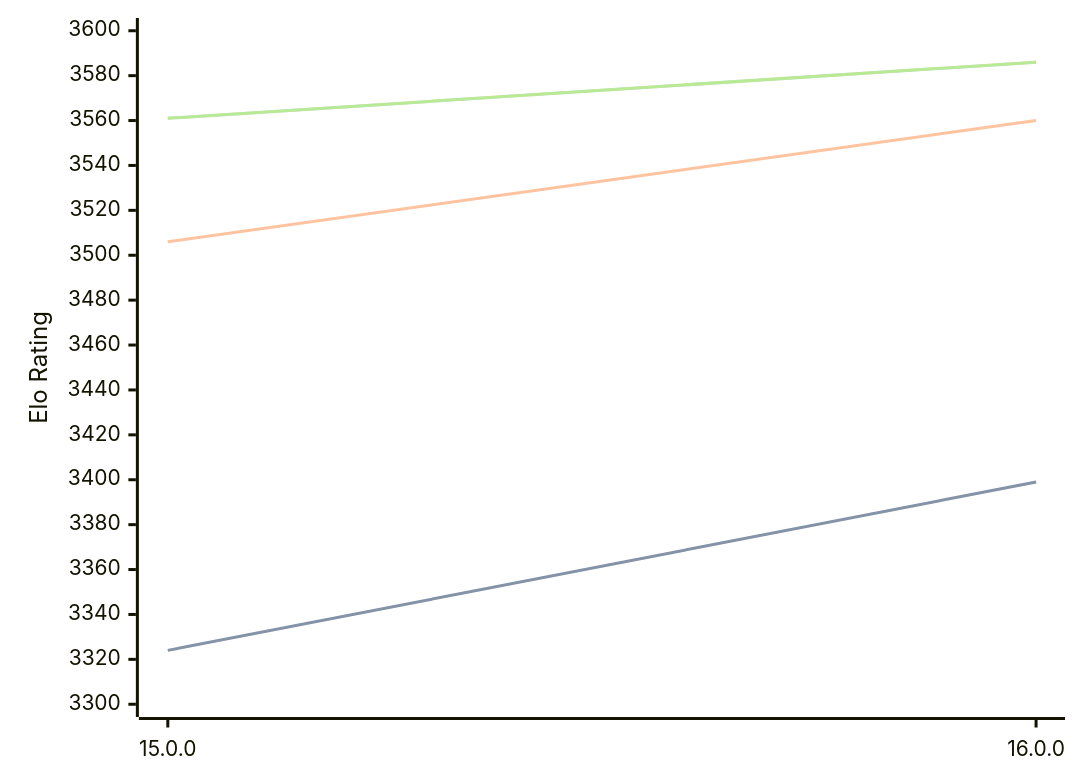
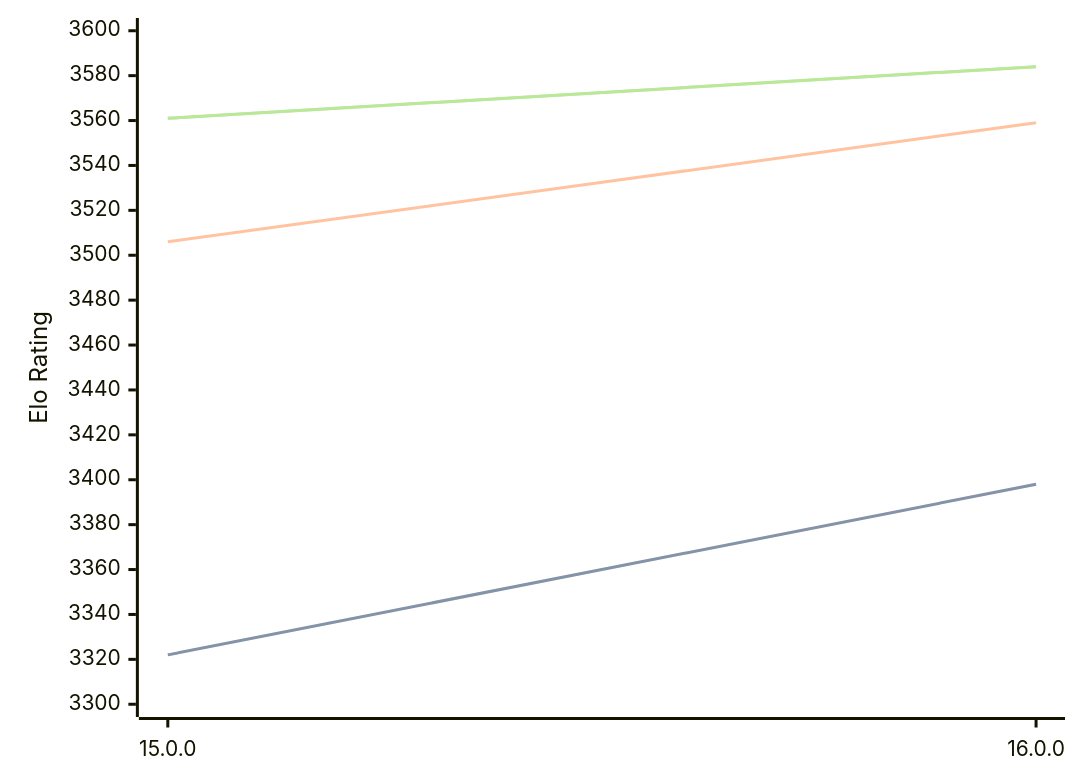
Before and after one commit to computer-chess-index/cci: the diagram in engines/Halogen.md, drawn with Mermaid. The commit also changed other lines of this file, not shown here.

Commit message:
Update CCI Ratings (ELO VLTC) - 2026-04-28

````diff
--- a/engines/Halogen.md
+++ b/engines/Halogen.md
@@ -50,11 +50,11 @@
 ```mermaid
 %%{init: {"theme":"base","themeVariables":{"seriesColors:['#a3a3a3','#222221','#faa371']}}}%%
 xychart-beta
   x-axis ["15.0.0", "16.0.0"]
   y-axis "Elo Rating" 3300 --> 3600
-  line "STC (8.0+0.08s)" [3324, 3399]
-  line "STC (8.0+0.08s)" [3324, 3399]
-  line "LTC (60.0+0.60s)" [3506, 3560]
-  line "VLTC (2m24s+1.12s)" [3561, 3586]
-  line "VLTC (2m24s+1.12s)" [3561, 3586]
+  line "STC (8.0+0.08s)" [3322, 3398]
+  line "STC (8.0+0.08s)" [3322, 3398]
+  line "LTC (60.0+0.60s)" [3506, 3559]
+  line "VLTC (2m24s+1.12s)" [3561, 3584]
+  line "VLTC (2m24s+1.12s)" [3561, 3584]
 ```
````
